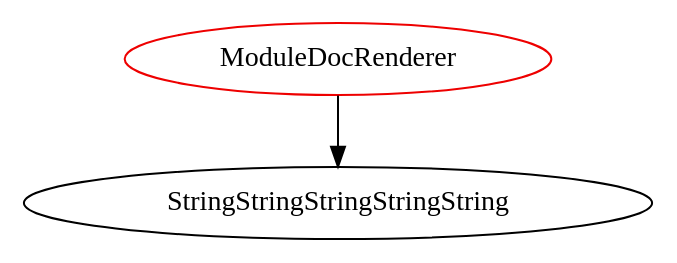
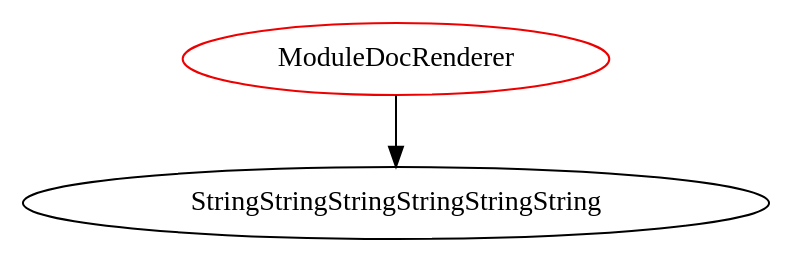
One commit to JacquesCarette/Drasil changed the diagram in analysis/TypeDependencyGraphs/gool/ModuleDocRenderer.dot. Above: the diagram before and after it, drawn with Graphviz. The commit also changed 914 other files, not shown here.

```diff
--- a/analysis/TypeDependencyGraphs/gool/ModuleDocRenderer.dot
+++ b/analysis/TypeDependencyGraphs/gool/ModuleDocRenderer.dot
@@ -1,4 +1,4 @@
 digraph moduledocrenderer{
 ModuleDocRenderer	[shape=oval, color=red2, label="ModuleDocRenderer"];
-ModuleDocRenderer -> StringStringStringStringString;
+ModuleDocRenderer -> StringStringStringStringStringString;
 }
```
